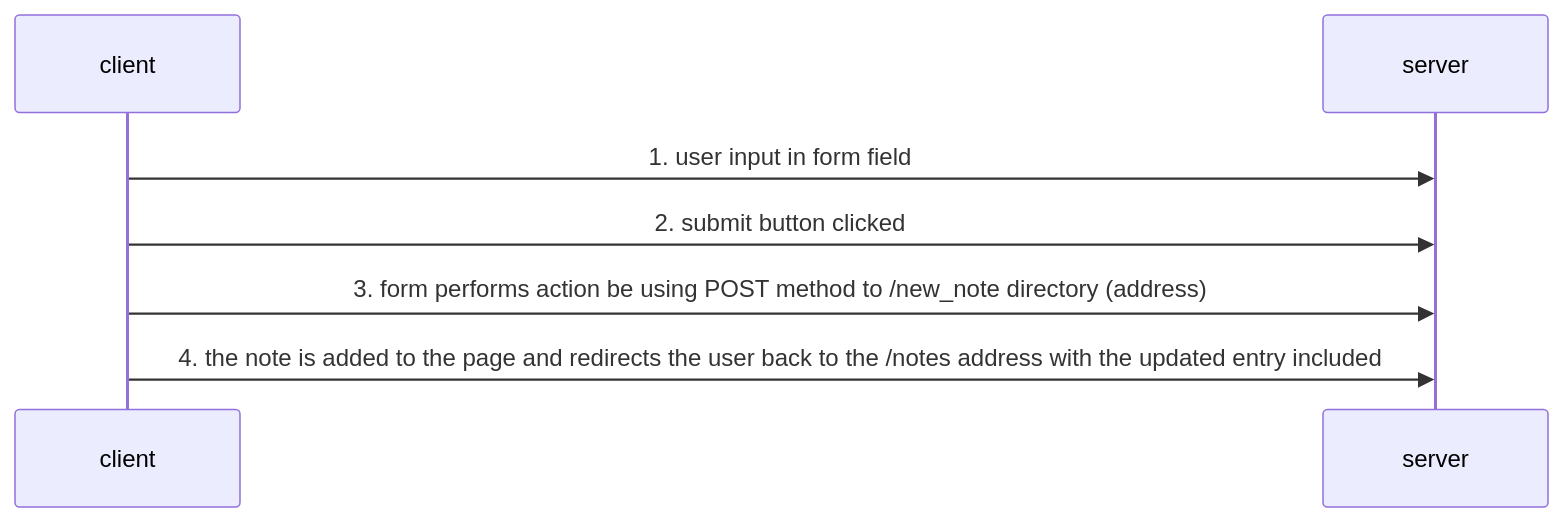
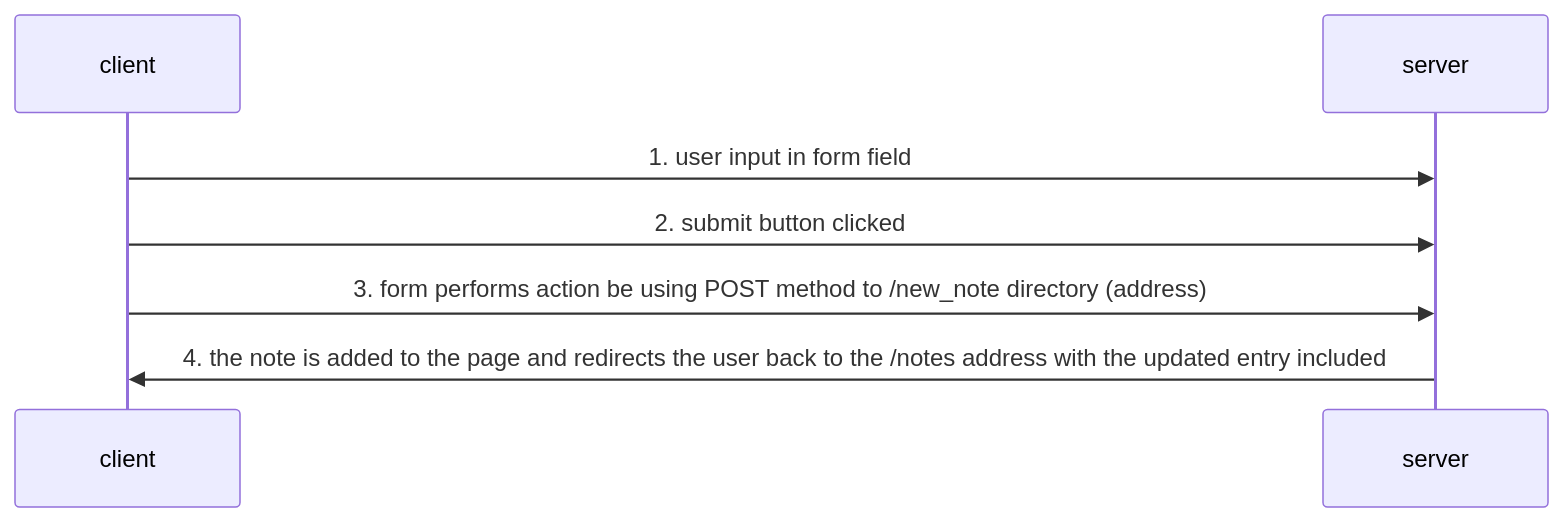
The diagram in README.md (theDapperFoxtrot/fullstackopen-part0-exercises), drawn with Mermaid before and after one commit.

````diff
--- a/README.md
+++ b/README.md
@@ -8,9 +8,9 @@
 ```mermaid
 sequenceDiagram
     participant client
     participant server
     client->>server: 1. user input in form field 
     client->>server: 2. submit button clicked 
     client->>server: 3. form performs action be using POST method to /new_note directory (address)
-    client->>server: 4. the note is added to the page and redirects the user back to the /notes address with the updated entry included
+    server->>client: 4. the note is added to the page and redirects the user back to the /notes address with the updated entry included
 ```
````
